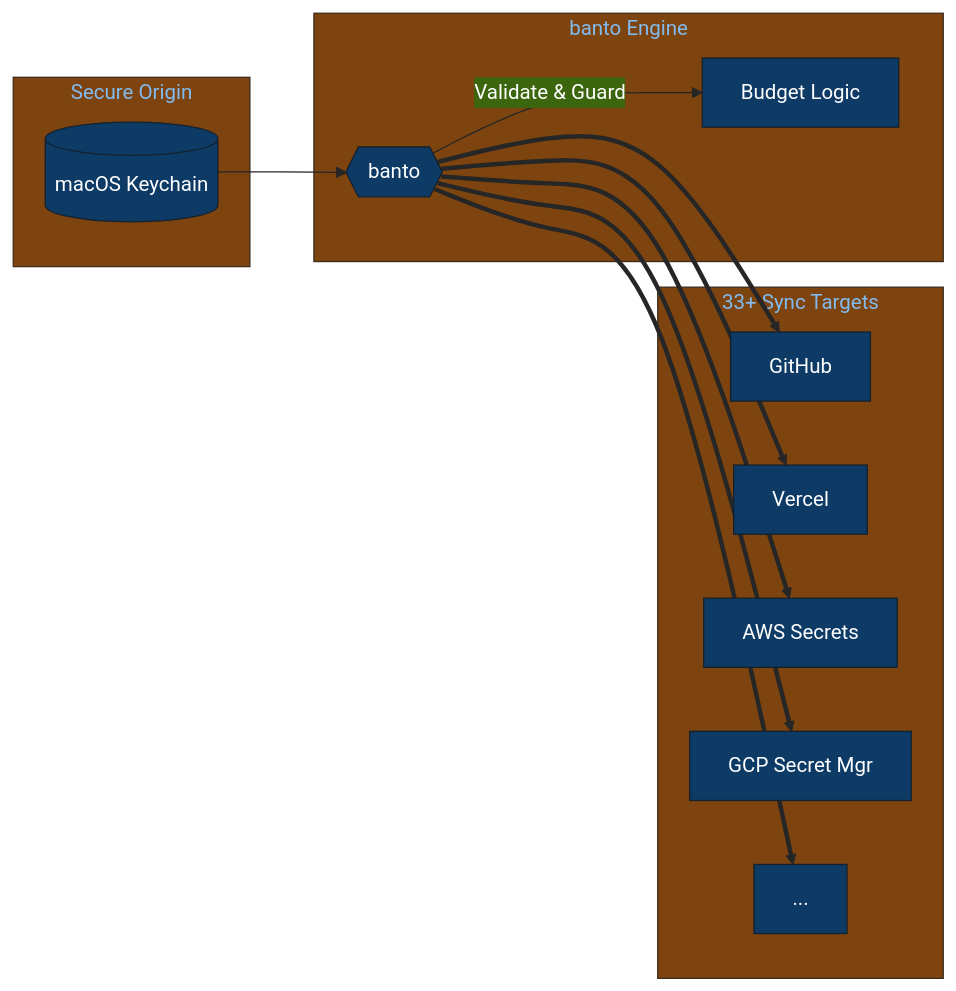
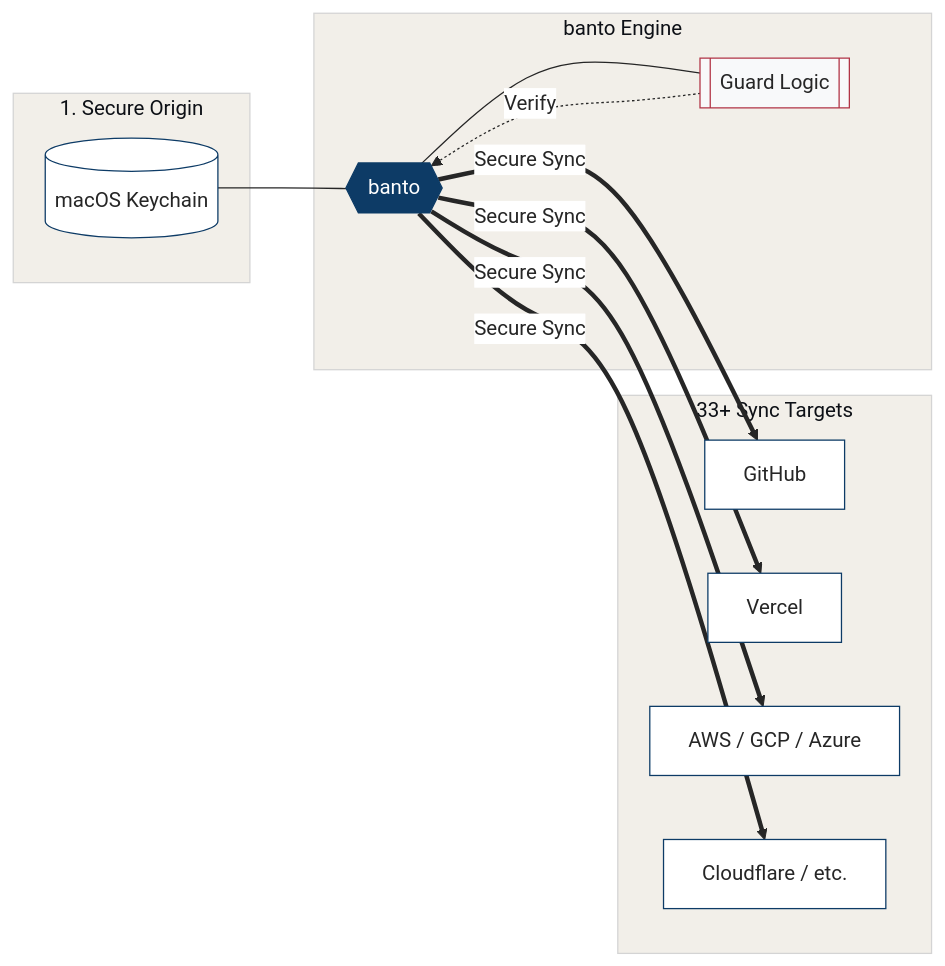
One commit to allnew-llc/banto changed the diagram in README.ja.md. Above: the diagram before and after it, drawn with Mermaid. The commit also changed 1 other file, not shown here.

Commit message:
design: refined Mermaid — white nodes, 藍 banto, 茜 Guard border
Keychain → banto (藍) → 4 sync targets (thick arrows).
Guard Logic with 茜 border as verification layer.
Clean white background, 墨 lines, no visual noise.

````diff
--- a/README.ja.md
+++ b/README.ja.md
@@ -29,28 +29,42 @@
 ```mermaid
-%%{init: {'theme': 'base', 'themeVariables': { 'primaryColor': '#0D3B66', 'primaryTextColor': '#fff', 'lineColor': '#262626' }}}%%
+%%{init: {
+  'theme': 'base',
+  'themeVariables': {
+    'primaryColor': '#ffffff',
+    'primaryTextColor': '#262626',
+    'primaryBorderColor': '#0D3B66',
+    'lineColor': '#262626',
+    'secondaryColor': '#0D3B66',
+    'tertiaryColor': '#F2EFE9',
+    'edgeLabelBackground':'#ffffff'
+  }
+}}%%
 graph LR
-    subgraph Local ["Secure Origin"]
+    subgraph Origin ["1. Secure Origin"]
         KC[(macOS Keychain)]
     end
 
     subgraph Hub ["banto Engine"]
         B{{"banto"}}
-        V[Budget Logic]
+        V[[Guard Logic]]
     end
 
     subgraph Cloud ["33+ Sync Targets"]
-        GH[GitHub]
-        VC[Vercel]
-        AWS[AWS Secrets]
-        GCP[GCP Secret Mgr]
-        ETC[...]
+        T1[GitHub]
+        T2[Vercel]
+        T3[AWS / GCP / Azure]
+        T4[Cloudflare / etc.]
     end
 
-    KC --> B
-    B -- "Validate & Guard" --> V
-    B ==> GH
-    B ==> VC
-    B ==> AWS
-    B ==> GCP
-    B ==> ETC
+    KC --- B
+    B --- V
+    V -.->|Verify| B
+
+    B ==>|Secure Sync| T1
+    B ==>|Secure Sync| T2
+    B ==>|Secure Sync| T3
+    B ==>|Secure Sync| T4
+
+    style B fill:#0D3B66,color:#fff,stroke:#0D3B66
+    style V fill:#f8f9fa,stroke:#B13546,stroke-width:1px
 ```
````
